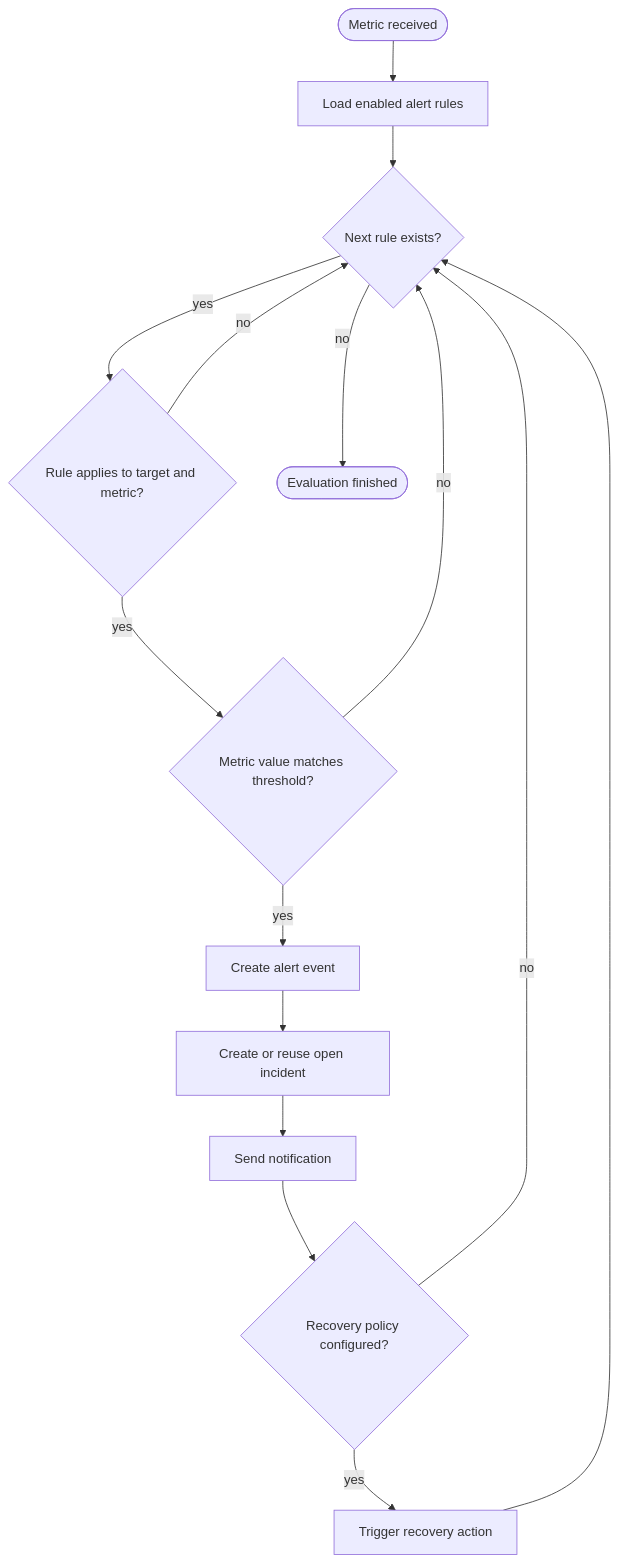
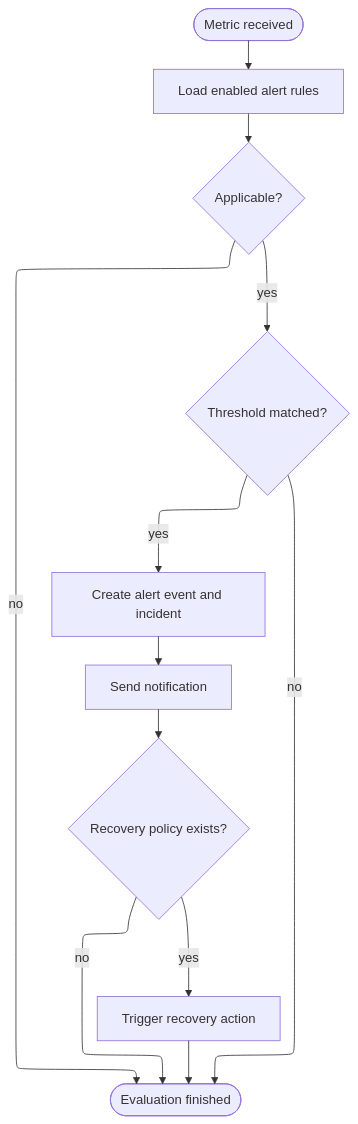
One commit to MTXIK/container-monitoring changed diagram 12 of 24 in docs/uml-diagrams.md. Above: the diagram before and after it, drawn with Mermaid. The commit also changed other lines of this file, not shown here.

Commit message:
update diagrams

````diff
--- a/docs/uml-diagrams.md
+++ b/docs/uml-diagrams.md
@@ -382,24 +435,21 @@
 ```mermaid
+%%{init: {"flowchart": {"defaultRenderer": "elk"}} }%%
 flowchart TB
     Start([Metric received])
     LoadRules["Load enabled alert rules"]
-    NextRule{"Next rule exists?"}
-    Applicable{"Rule applies to target and metric?"}
-    Threshold{"Metric value matches threshold?"}
-    Alert["Create alert event"]
-    Incident["Create or reuse open incident"]
+    Applicable{"Applicable?"}
+    Threshold{"Threshold matched?"}
+    AlertIncident["Create alert event and incident"]
     Notify["Send notification"]
-    Recovery{"Recovery policy configured?"}
+    Recovery{"Recovery policy exists?"}
     Trigger["Trigger recovery action"]
     Finish([Evaluation finished])
 
-    Start --> LoadRules --> NextRule
-    NextRule -- no --> Finish
-    NextRule -- yes --> Applicable
-    Applicable -- no --> NextRule
+    Start --> LoadRules --> Applicable
+    Applicable -- no --> Finish
     Applicable -- yes --> Threshold
-    Threshold -- no --> NextRule
-    Threshold -- yes --> Alert --> Incident --> Notify --> Recovery
-    Recovery -- yes --> Trigger --> NextRule
-    Recovery -- no --> NextRule
+    Threshold -- no --> Finish
+    Threshold -- yes --> AlertIncident --> Notify --> Recovery
+    Recovery -- yes --> Trigger --> Finish
+    Recovery -- no --> Finish
 ```
````
